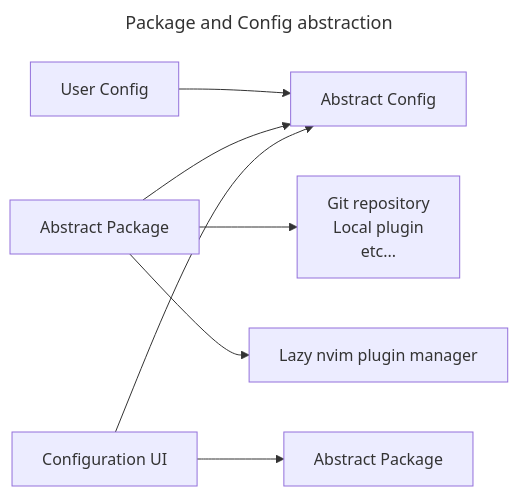
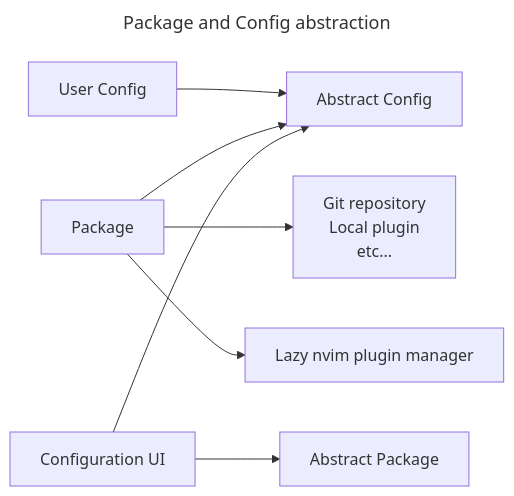
One commit to Todd-Fulton/nvim changed the diagram in README.md. Above: the diagram before and after it, drawn with Mermaid.

````diff
--- a/README.md
+++ b/README.md
@@ -24,22 +24,22 @@
 ```mermaid
 ---
 title: Package and Config abstraction
 ---
 flowchart LR
     config["User Config"]
     abs_config["Abstract Config"]
     abs_package["Abstract Package"]
-    package["Abstract Package"]
+    package["Package"]
     config_ui["Configuration UI"]
     plugin["Git repository
     Local plugin
     etc...
     "]
     lazy["Lazy nvim plugin manager"]
     config --> abs_config 
     package --> plugin
     package --> lazy
     package --> abs_config
     config_ui --> abs_config
     config_ui --> abs_package
 ```
````
